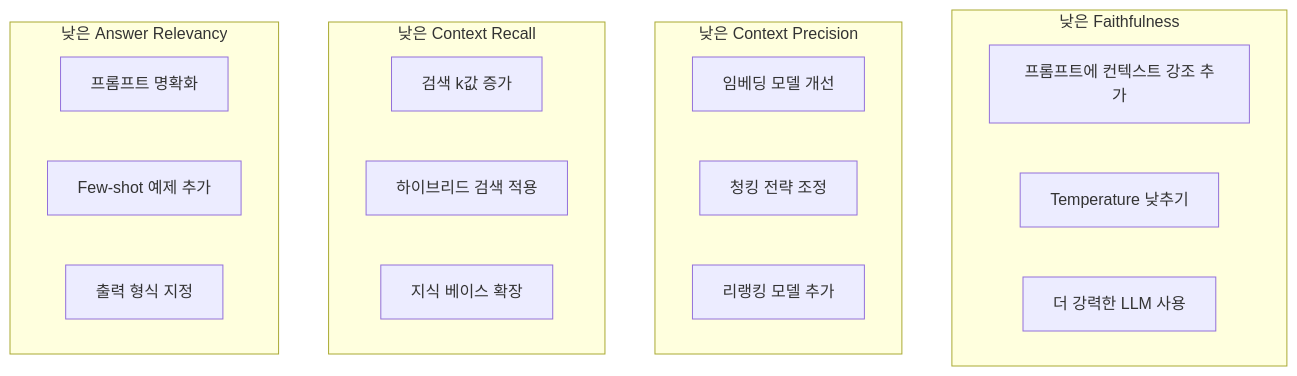
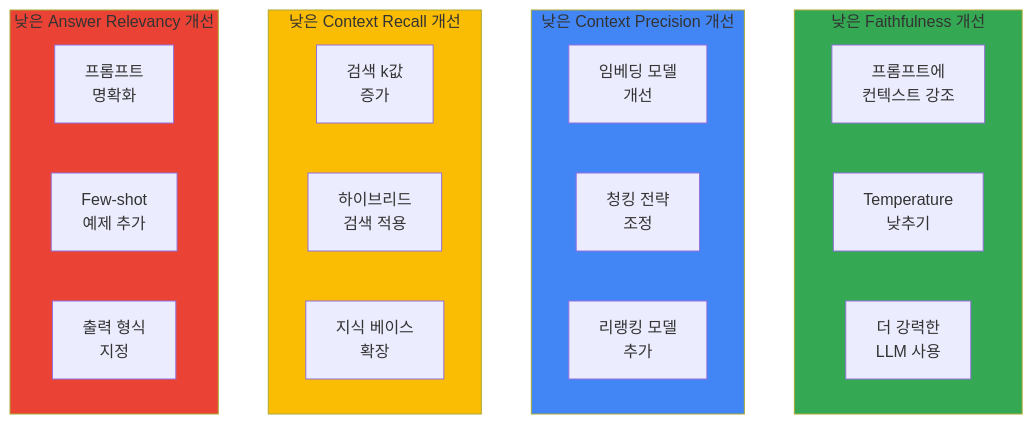
Before and after one commit to devfloor9/engineering-playbook: the second of 2 diagrams in docs/agentic-ai-platform/operations-mlops/ragas-evaluation.md, drawn with Mermaid. The commit also changed other lines of this file and 24 other files, not shown here.

````diff
--- a/docs/agentic-ai-platform/operations-mlops/ragas-evaluation.md
+++ b/docs/agentic-ai-platform/operations-mlops/ragas-evaluation.md
@@ -653,26 +654,31 @@
 ```mermaid
-graph TD
-    subgraph "낮은 Faithfulness"
-        F1["프롬프트에 컨텍스트 강조 추가"]
-        F2["Temperature 낮추기"]
-        F3["더 강력한 LLM 사용"]
+flowchart TB
+    subgraph Faith["낮은 Faithfulness 개선"]
+        F1[프롬프트에<br/>컨텍스트 강조]
+        F2[Temperature<br/>낮추기]
+        F3[더 강력한<br/>LLM 사용]
     end
-    
-    subgraph "낮은 Context Precision"
-        CP1["임베딩 모델 개선"]
-        CP2["청킹 전략 조정"]
-        CP3["리랭킹 모델 추가"]
+
+    subgraph Precision["낮은 Context Precision 개선"]
+        CP1[임베딩 모델<br/>개선]
+        CP2[청킹 전략<br/>조정]
+        CP3[리랭킹 모델<br/>추가]
     end
-    
-    subgraph "낮은 Context Recall"
-        CR1["검색 k값 증가"]
-        CR2["하이브리드 검색 적용"]
-        CR3["지식 베이스 확장"]
+
+    subgraph Recall["낮은 Context Recall 개선"]
+        CR1[검색 k값<br/>증가]
+        CR2[하이브리드<br/>검색 적용]
+        CR3[지식 베이스<br/>확장]
     end
-    
-    subgraph "낮은 Answer Relevancy"
-        AR1["프롬프트 명확화"]
-        AR2["Few-shot 예제 추가"]
-        AR3["출력 형식 지정"]
+
+    subgraph Relevancy["낮은 Answer Relevancy 개선"]
+        AR1[프롬프트<br/>명확화]
+        AR2[Few-shot<br/>예제 추가]
+        AR3[출력 형식<br/>지정]
     end
+
+    style Faith fill:#34a853
+    style Precision fill:#4285f4
+    style Recall fill:#fbbc04
+    style Relevancy fill:#ea4335
 ```
````
